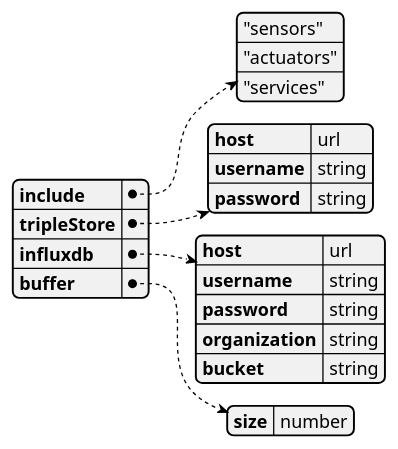
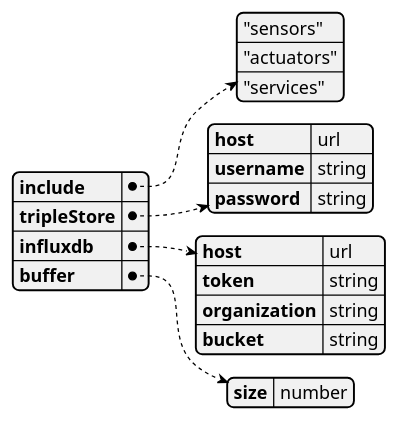
One commit to Praktikum-PvAS/process-historian changed the diagram in documentation/architecture/program_config_schema.pu. Above: the diagram before and after it, drawn with PlantUML. The commit also changed 2 other files, not shown here.

Commit message:
Update program_config_schema

```diff
--- a/documentation/architecture/program_config_schema.pu
+++ b/documentation/architecture/program_config_schema.pu
@@ -1,20 +1,19 @@
 @startjson "Program Config"
 {
     "include": ["\"sensors\"", "\"actuators\"", "\"services\""],
     "tripleStore": {
         "host": "url",
         "username": "string",
         "password": "string"
     },
     "influxdb": {
         "host": "url",
-        "username": "string",
-        "password": "string",
+        "token": "string",
         "organization": "string",
         "bucket": "string"
     },
     "buffer": {
         "size": "number"
     }
 }
 @endjson
```
